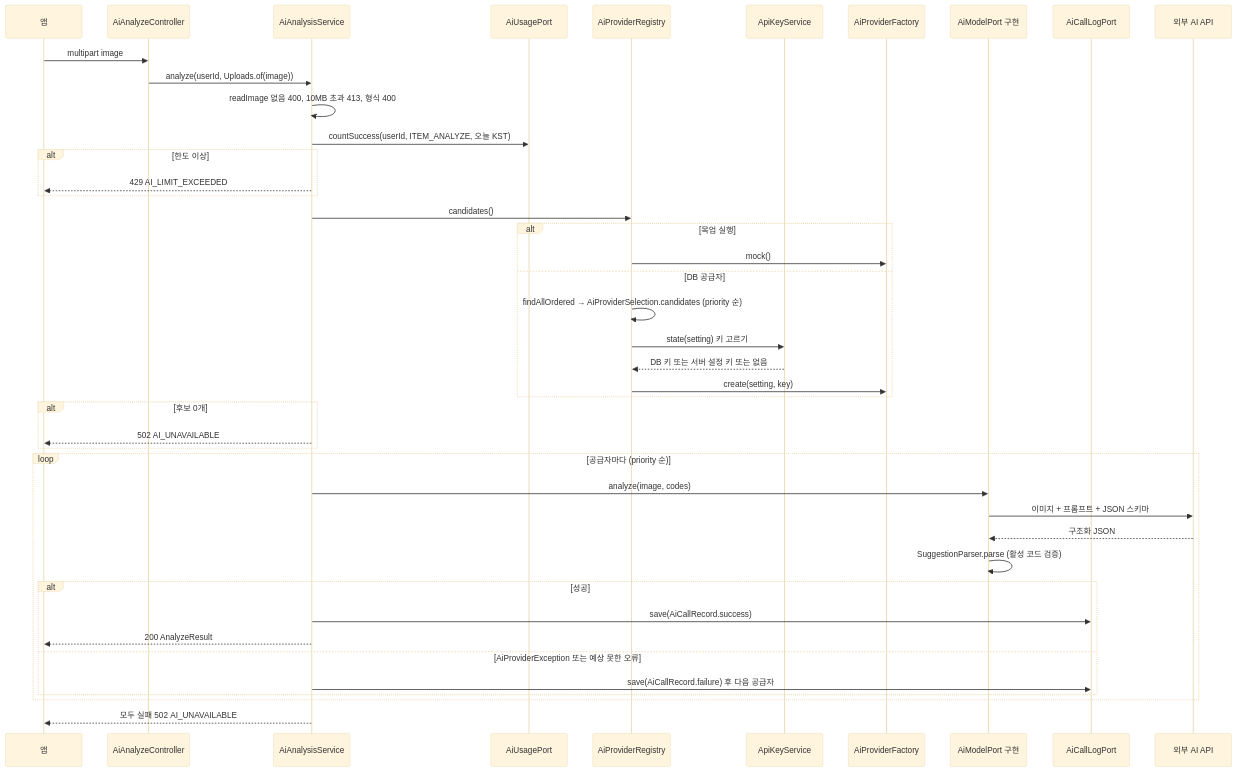
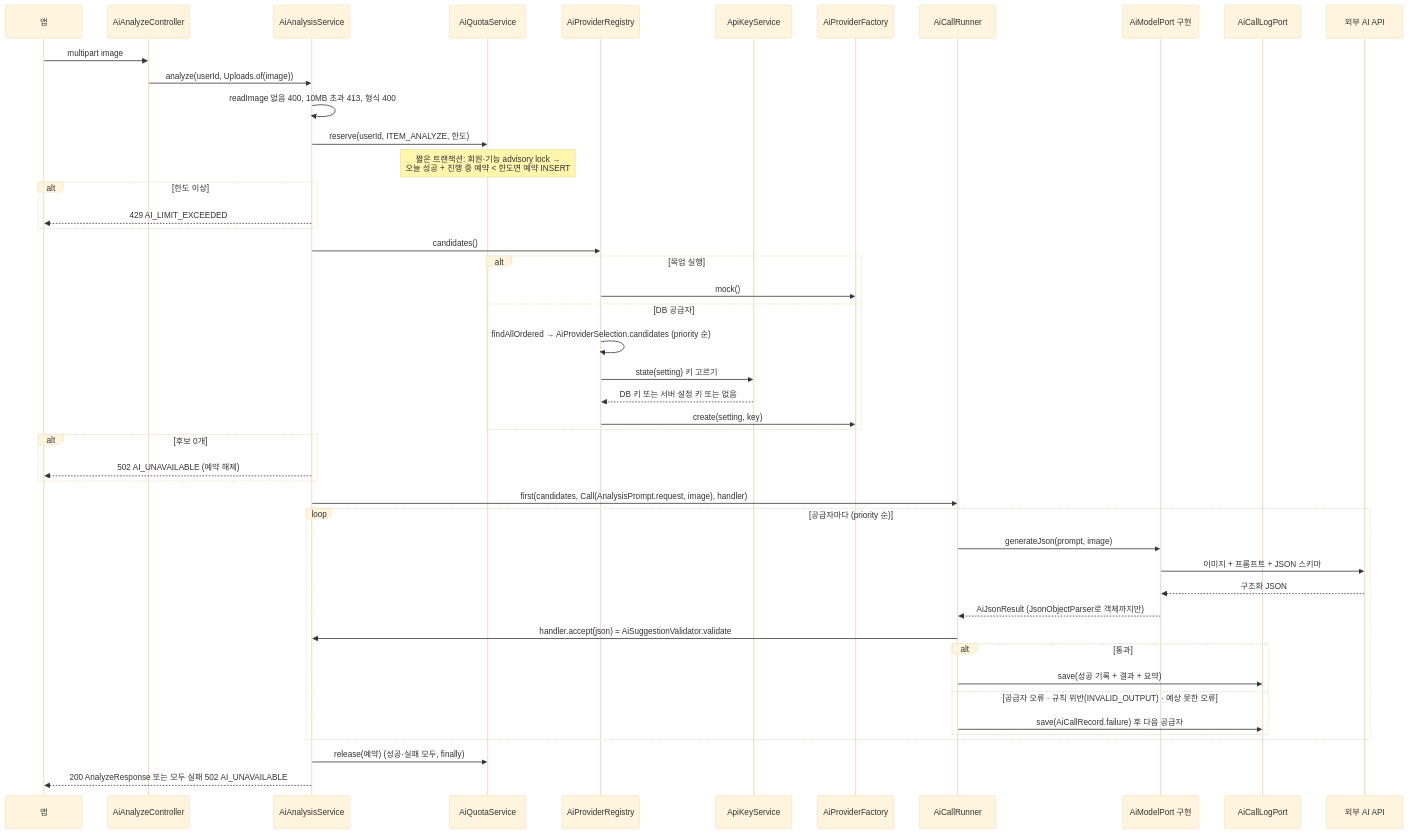
One commit to showzone83/wearly changed the seventh of 10 diagrams in doc/10_백엔드_흐름.md. Above: the diagram before and after it, drawn with Mermaid (base theme). The commit also changed other lines of this file and 2 other files, not shown here.

````diff
--- a/doc/10_백엔드_흐름.md
+++ b/doc/10_백엔드_흐름.md
@@ -402,46 +415,50 @@
 ```mermaid
 sequenceDiagram
   participant C as 앱
   participant AC as AiAnalyzeController
   participant AS as AiAnalysisService
-  participant UP as AiUsagePort
+  participant QS as AiQuotaService
   participant RG as AiProviderRegistry
   participant KS as ApiKeyService
   participant FC as AiProviderFactory
+  participant RN as AiCallRunner
   participant MP as AiModelPort 구현
   participant LG as AiCallLogPort
   participant X as 외부 AI API
 
   C->>AC: multipart image
   AC->>AS: analyze(userId, Uploads.of(image))
   AS->>AS: readImage 없음 400, 10MB 초과 413, 형식 400
-  AS->>UP: countSuccess(userId, ITEM_ANALYZE, 오늘 KST)
+  AS->>QS: reserve(userId, ITEM_ANALYZE, 한도)
+  Note over QS: 짧은 트랜잭션: 회원·기능 advisory lock →<br/>오늘 성공 + 진행 중 예약 < 한도면 예약 INSERT
   alt 한도 이상
     AS-->>C: 429 AI_LIMIT_EXCEEDED
   end
   AS->>RG: candidates()
   alt 목업 실행
     RG->>FC: mock()
   else DB 공급자
     RG->>RG: findAllOrdered → AiProviderSelection.candidates (priority 순)
     RG->>KS: state(setting) 키 고르기
     KS-->>RG: DB 키 또는 서버 설정 키 또는 없음
     RG->>FC: create(setting, key)
   end
   alt 후보 0개
-    AS-->>C: 502 AI_UNAVAILABLE
+    AS-->>C: 502 AI_UNAVAILABLE (예약 해제)
   end
+  AS->>RN: first(candidates, Call(AnalysisPrompt.request, image), handler)
   loop 공급자마다 (priority 순)
-    AS->>MP: analyze(image, codes)
+    RN->>MP: generateJson(prompt, image)
     MP->>X: 이미지 + 프롬프트 + JSON 스키마
     X-->>MP: 구조화 JSON
-    MP->>MP: SuggestionParser.parse (활성 코드 검증)
-    alt 성공
-      AS->>LG: save(AiCallRecord.success)
-      AS-->>C: 200 AnalyzeResult
-    else AiProviderException 또는 예상 못한 오류
-      AS->>LG: save(AiCallRecord.failure) 후 다음 공급자
+    MP-->>RN: AiJsonResult (JsonObjectParser로 객체까지만)
+    RN->>AS: handler.accept(json) = AiSuggestionValidator.validate
+    alt 통과
+      RN->>LG: save(성공 기록 + 결과 + 요약)
+    else 공급자 오류 · 규칙 위반(INVALID_OUTPUT) · 예상 못한 오류
+      RN->>LG: save(AiCallRecord.failure) 후 다음 공급자
     end
   end
-  AS-->>C: 모두 실패 502 AI_UNAVAILABLE
+  AS->>QS: release(예약) (성공·실패 모두, finally)
+  AS-->>C: 200 AnalyzeResponse 또는 모두 실패 502 AI_UNAVAILABLE
 ```
````
